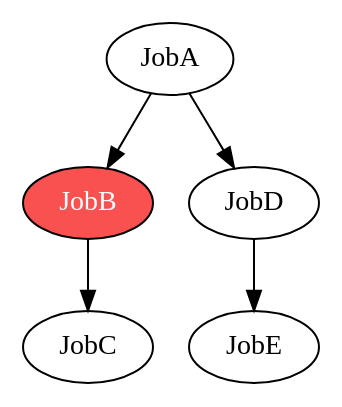
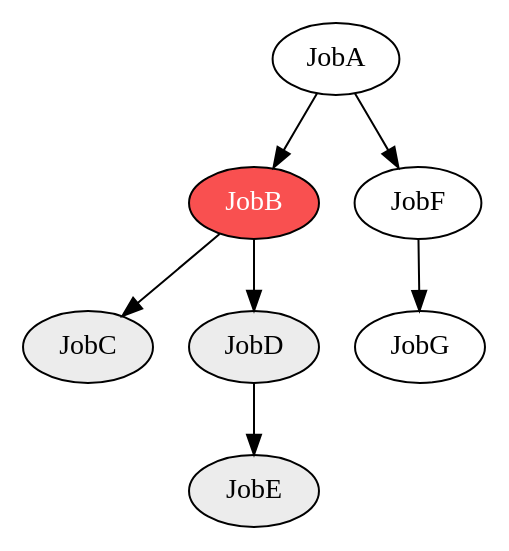
Before and after one commit to ksassnowski/venture-docs: the diagram in docs/.vuepress/public/workflow-5.dot, drawn with Graphviz. The commit also changed 7 other files, not shown here.

```diff
--- a/docs/.vuepress/public/workflow-5.dot
+++ b/docs/.vuepress/public/workflow-5.dot
@@ -1,8 +1,13 @@
 digraph G {
     JobB [fillcolor = "#f95050", fontcolor = "white", style = "filled"]
+    JobC [fillcolor = "#ececec", fontcolor = "black", style = "filled"]
+    JobD [fillcolor = "#ececec", fontcolor = "black", style = "filled"]
+    JobE [fillcolor = "#ececec", fontcolor = "black", style = "filled"]
 
     JobA -> JobB;
-    JobA -> JobD;
+    JobA -> JobF;
+    JobF -> JobG;
     JobD -> JobE;
     JobB -> JobC;
+    JobB -> JobD;
 }
```
